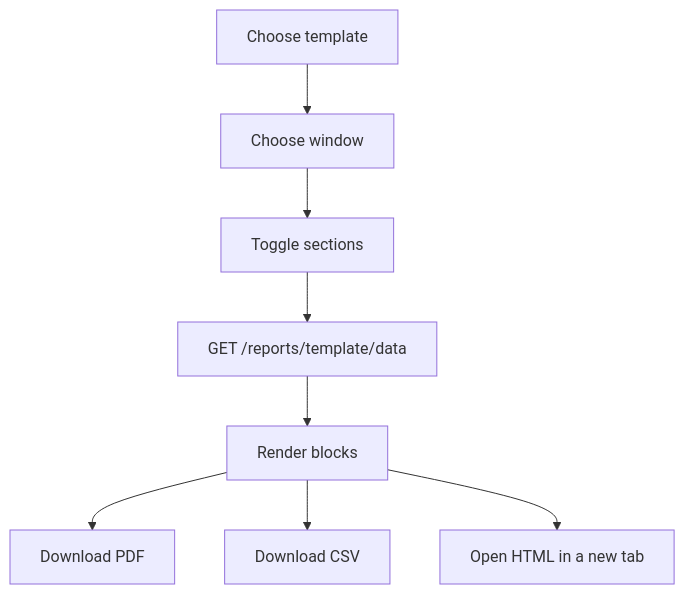
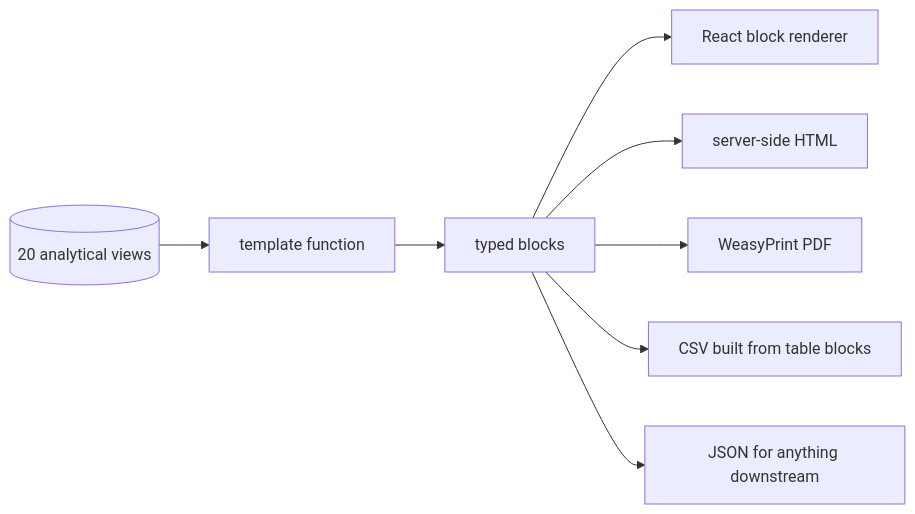
The diagram in docs/diagrams/out/docs-27_reporting_and_document_generation_75.mmd (Ahmedbakr78/Web-to-Warehouse-Product-Intelligence-Pipeline), drawn with Mermaid before and after one commit. The commit also changed 187 other files, not shown here.

```diff
--- a/docs/diagrams/out/docs-27_reporting_and_document_generation_75.mmd
+++ b/docs/diagrams/out/docs-27_reporting_and_document_generation_75.mmd
@@ -1,8 +1,9 @@
 
-flowchart TD
-  pick[Choose template] --> window[Choose window] --> sections[Toggle sections]
-  sections --> fetch[GET /reports/template/data]
-  fetch --> render[Render blocks]
-  render --> pdf[Download PDF]
-  render --> csv[Download CSV]
-  render --> html[Open HTML in a new tab]
+flowchart LR
+  views[(20 analytical views)] --> template[template function]
+  template --> blocks[typed blocks]
+  blocks --> screen[React block renderer]
+  blocks --> html[server-side HTML]
+  blocks --> pdf[WeasyPrint PDF]
+  blocks --> csv[CSV built from table blocks]
+  blocks --> json[JSON for anything downstream]
```
